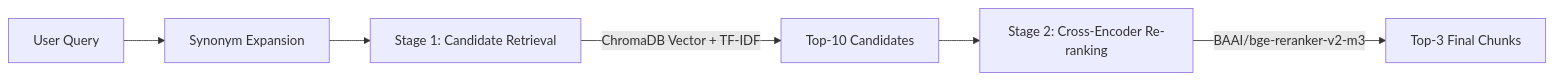
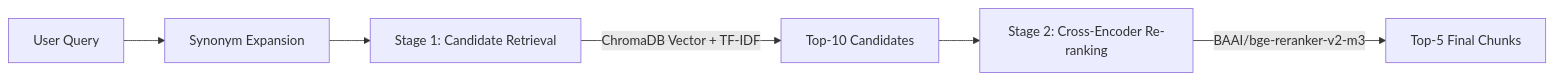
The second of 2 diagrams in explain_sys.md (Name-RT/AI_engineer_Test_BBL), drawn with Mermaid before and after one commit. The commit also changed other lines of this file and 9 other files, not shown here.

````diff
--- a/explain_sys.md
+++ b/explain_sys.md
@@ -91,8 +91,8 @@
 ```mermaid
 graph LR
     Query[User Query] --> Synonyms[Synonym Expansion]
     Synonyms --> Stage1[Stage 1: Candidate Retrieval]
     Stage1 --> |ChromaDB Vector + TF-IDF| Candidates[Top-10 Candidates]
     Candidates --> Stage2[Stage 2: Cross-Encoder Re-ranking]
-    Stage2 --> |BAAI/bge-reranker-v2-m3| Ranked[Top-3 Final Chunks]
+    Stage2 --> |BAAI/bge-reranker-v2-m3| Ranked[Top-5 Final Chunks]
 ```
````
